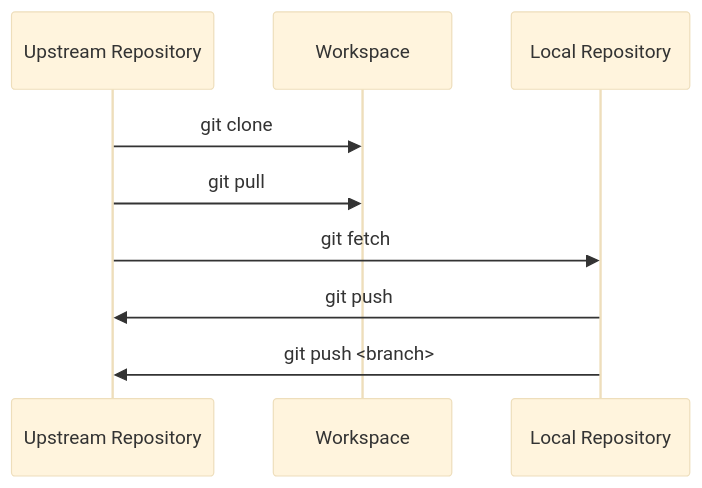
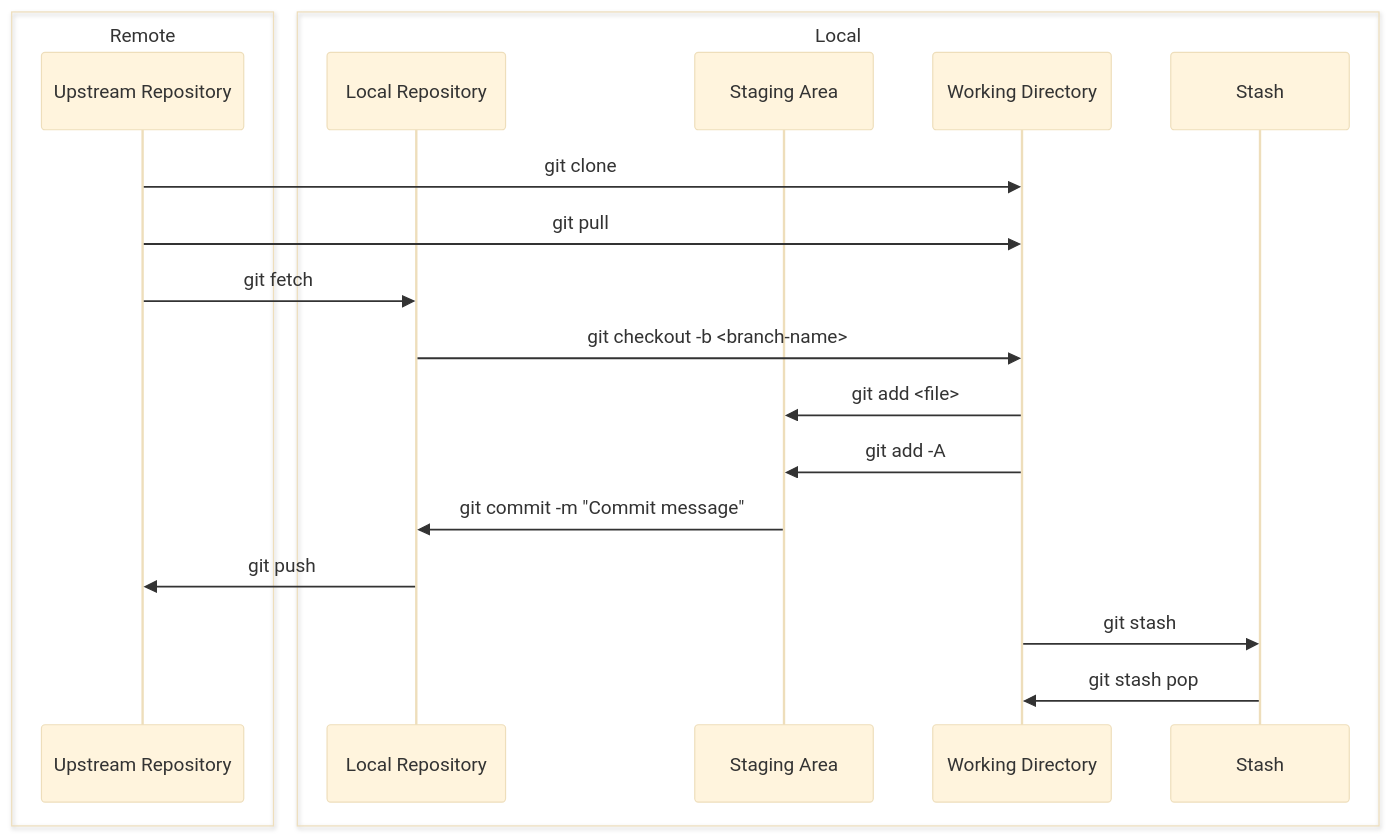
The first of 4 diagrams in docs/development/git.md (TimGrt/Ansible-Best-Practices), drawn with Mermaid (base theme) before and after one commit. The commit also changed other lines of this file, not shown here.

Commit message:
Added sections for installation, configuration and added description of the overall Git workflow and the commands used.

````diff
--- a/docs/development/git.md
+++ b/docs/development/git.md
@@ -9,8 +54,22 @@
-``` mermaid
+``` .mermaid
 sequenceDiagram
-  Upstream Repository->>Workspace: git clone
-  Upstream Repository->>Workspace: git pull
-  Upstream Repository->>Local Repository: git fetch
-  Local Repository->>Upstream Repository: git push
-  Local Repository->>Upstream Repository: git push <branch>
+  box Remote
+  participant UR as Upstream Repository
+  end
+  box Local
+  participant LR as Local Repository
+  participant SG as Staging Area
+  participant WS as Working Directory
+  participant SH as Stash
+  end
+  UR->>WS: git clone
+  UR->>WS: git pull
+  UR->>LR: git fetch
+  LR->>WS: git checkout -b <branch-name>
+  WS->>SG: git add <file>
+  WS->>SG: git add -A
+  SG->>LR: git commit -m "Commit message"
+  LR->>UR: git push
+  WS->>SH: git stash
+  SH->>WS: git stash pop
 ```
````
